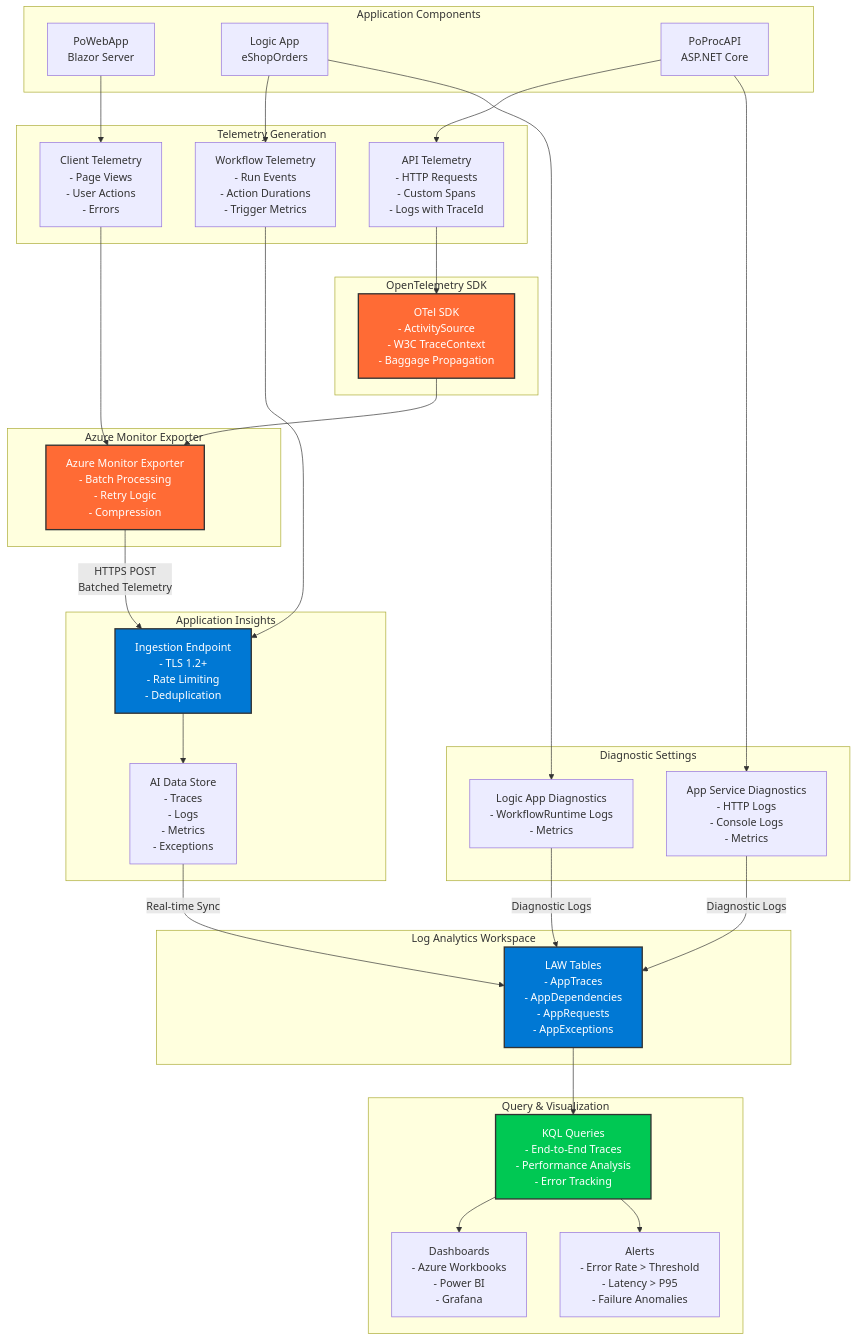
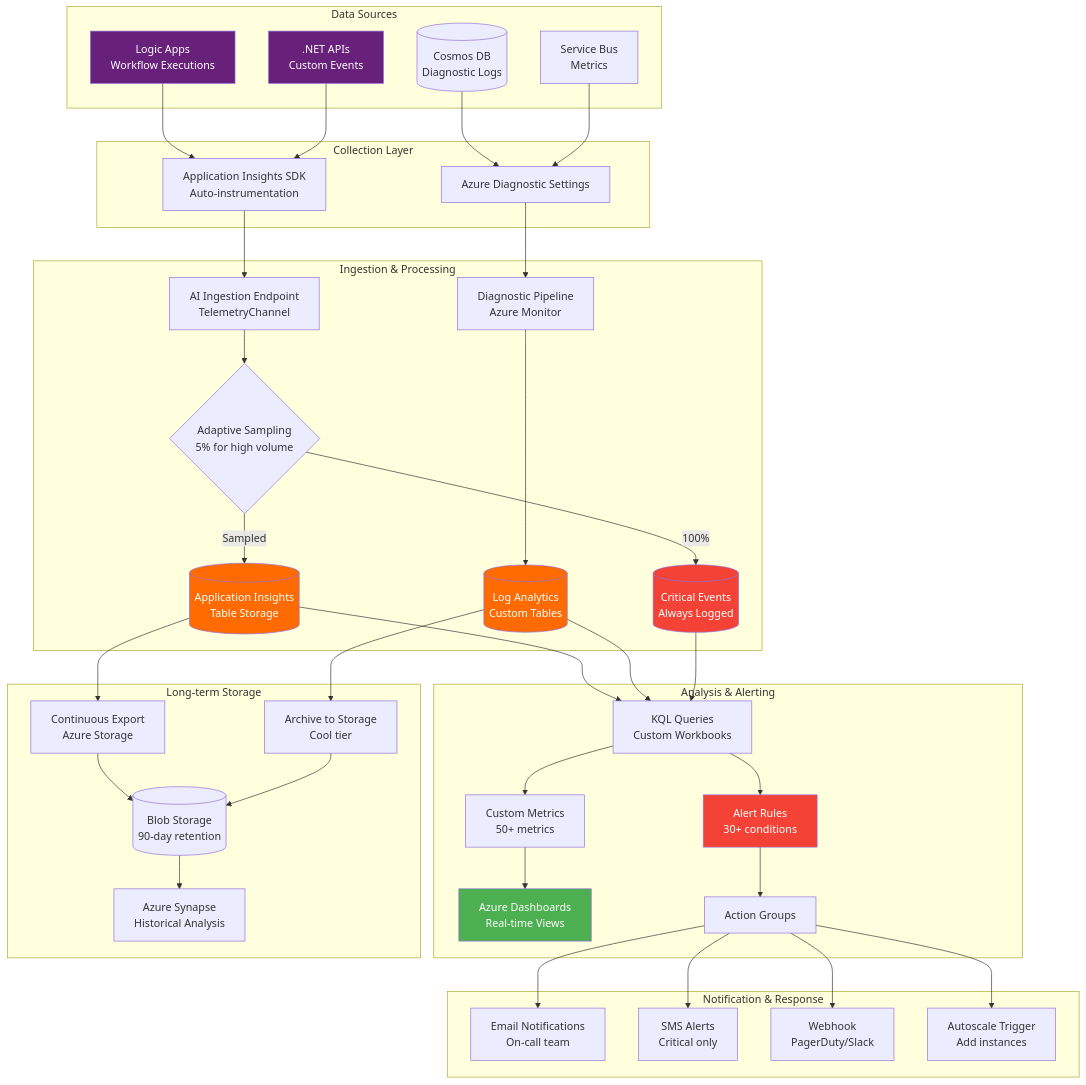
Before and after one commit to Evilazaro/Azure-LogicApps-Monitoring: the fourth of 4 diagrams in README.md, drawn with Mermaid. The commit also changed other lines of this file and 1 other file, not shown here.

First line of the commit message:
Add Azure Service Bus namespace resource to messaging infrastructure

````diff
--- a/README.md
+++ b/README.md
@@ -382,71 +531,62 @@
 ```mermaid
 flowchart TD
-    subgraph "Application Components"
-        BLAZOR[PoWebApp<br/>Blazor Server]
-        LA[Logic App<br/>eShopOrders]
-        API[PoProcAPI<br/>ASP.NET Core]
+    subgraph "Data Sources"
+        LA[Logic Apps<br/>Workflow Executions]
+        API[.NET APIs<br/>Custom Events]
+        COSMOS[(Cosmos DB<br/>Diagnostic Logs)]
+        SB[Service Bus<br/>Metrics]
     end
-    
-    subgraph "Telemetry Generation"
-        BLAZOR_TEL[Client Telemetry<br/>- Page Views<br/>- User Actions<br/>- Errors]
-        LA_TEL[Workflow Telemetry<br/>- Run Events<br/>- Action Durations<br/>- Trigger Metrics]
-        API_TEL[API Telemetry<br/>- HTTP Requests<br/>- Custom Spans<br/>- Logs with TraceId]
+
+    subgraph "Collection Layer"
+        LA --> AI_SDK[Application Insights SDK<br/>Auto-instrumentation]
+        API --> AI_SDK
+        COSMOS --> DIAG[Azure Diagnostic Settings]
+        SB --> DIAG
     end
-    
-    subgraph "OpenTelemetry SDK"
-        OTEL_API[OTel SDK<br/>- ActivitySource<br/>- W3C TraceContext<br/>- Baggage Propagation]
+
+    subgraph "Ingestion & Processing"
+        AI_SDK --> AI_INGESTION[AI Ingestion Endpoint<br/>TelemetryChannel]
+        DIAG --> DIAG_PIPELINE[Diagnostic Pipeline<br/>Azure Monitor]
+        
+        AI_INGESTION --> SAMPLING{Adaptive Sampling<br/>5% for high volume}
+        SAMPLING -->|Sampled| AI_STORAGE[(Application Insights<br/>Table Storage)]
+        SAMPLING -->|100%| CRITICAL[(Critical Events<br/>Always Logged)]
+        
+        DIAG_PIPELINE --> LA_STORAGE[(Log Analytics<br/>Custom Tables)]
     end
-    
-    subgraph "Azure Monitor Exporter"
-        AM_EXP[Azure Monitor Exporter<br/>- Batch Processing<br/>- Retry Logic<br/>- Compression]
+
+    subgraph "Analysis & Alerting"
+        AI_STORAGE --> QUERY[KQL Queries<br/>Custom Workbooks]
+        LA_STORAGE --> QUERY
+        CRITICAL --> QUERY
+        
+        QUERY --> METRICS[Custom Metrics<br/>50+ metrics]
+        QUERY --> ALERTS[Alert Rules<br/>30+ conditions]
+        
+        METRICS --> DASHBOARD[Azure Dashboards<br/>Real-time Views]
+        ALERTS --> ACTION_GROUP[Action Groups]
     end
-    
-    subgraph "Application Insights"
-        AI_ING[Ingestion Endpoint<br/>- TLS 1.2+<br/>- Rate Limiting<br/>- Deduplication]
-        AI_STORE[AI Data Store<br/>- Traces<br/>- Logs<br/>- Metrics<br/>- Exceptions]
+
+    subgraph "Notification & Response"
+        ACTION_GROUP --> EMAIL[Email Notifications<br/>On-call team]
+        ACTION_GROUP --> SMS[SMS Alerts<br/>Critical only]
+        ACTION_GROUP --> WEBHOOK[Webhook<br/>PagerDuty/Slack]
+        ACTION_GROUP --> AUTO_SCALE[Autoscale Trigger<br/>Add instances]
     end
-    
-    subgraph "Log Analytics Workspace"
-        LAW_TABLES[LAW Tables<br/>- AppTraces<br/>- AppDependencies<br/>- AppRequests<br/>- AppExceptions]
+
+    subgraph "Long-term Storage"
+        AI_STORAGE --> EXPORT[Continuous Export<br/>Azure Storage]
+        LA_STORAGE --> ARCHIVE[Archive to Storage<br/>Cool tier]
+        EXPORT --> BLOB[(Blob Storage<br/>90-day retention)]
+        ARCHIVE --> BLOB
+        BLOB --> SYNAPSE[Azure Synapse<br/>Historical Analysis]
     end
-    
-    subgraph "Diagnostic Settings"
-        DIAG_LA[Logic App Diagnostics<br/>- WorkflowRuntime Logs<br/>- Metrics]
-        DIAG_API[App Service Diagnostics<br/>- HTTP Logs<br/>- Console Logs<br/>- Metrics]
-    end
-    
-    subgraph "Query & Visualization"
-        KQL[KQL Queries<br/>- End-to-End Traces<br/>- Performance Analysis<br/>- Error Tracking]
-        DASH[Dashboards<br/>- Azure Workbooks<br/>- Power BI<br/>- Grafana]
-        ALERT[Alerts<br/>- Error Rate > Threshold<br/>- Latency > P95<br/>- Failure Anomalies]
-    end
-    
-    %% Flow
-    BLAZOR --> BLAZOR_TEL
-    LA --> LA_TEL
-    API --> API_TEL
-    
-    API_TEL --> OTEL_API
-    OTEL_API --> AM_EXP
-    BLAZOR_TEL --> AM_EXP
-    LA_TEL --> AI_ING
-    
-    AM_EXP -->|HTTPS POST<br/>Batched Telemetry| AI_ING
-    AI_ING --> AI_STORE
-    AI_STORE -->|Real-time Sync| LAW_TABLES
-    
-    LA --> DIAG_LA
-    API --> DIAG_API
-    DIAG_LA -->|Diagnostic Logs| LAW_TABLES
-    DIAG_API -->|Diagnostic Logs| LAW_TABLES
-    
-    LAW_TABLES --> KQL
-    KQL --> DASH
-    KQL --> ALERT
-    
-    style OTEL_API fill:#FF6B35,stroke:#333,stroke-width:2px,color:#fff
-    style AM_EXP fill:#FF6B35,stroke:#333,stroke-width:2px,color:#fff
-    style AI_ING fill:#0078D4,stroke:#333,stroke-width:2px,color:#fff
-    style LAW_TABLES fill:#0078D4,stroke:#333,stroke-width:2px,color:#fff
-    style KQL fill:#00C853,stroke:#333,stroke-width:2px,color:#fff
+
+    style LA fill:#68217A,color:#fff
+    style API fill:#68217A,color:#fff
+    style AI_STORAGE fill:#FF6B00,color:#fff
+    style LA_STORAGE fill:#FF6B00,color:#fff
+    style CRITICAL fill:#F44336,color:#fff
+    style ALERTS fill:#F44336,color:#fff
+    style DASHBOARD fill:#4CAF50,color:#fff
 ```
````
